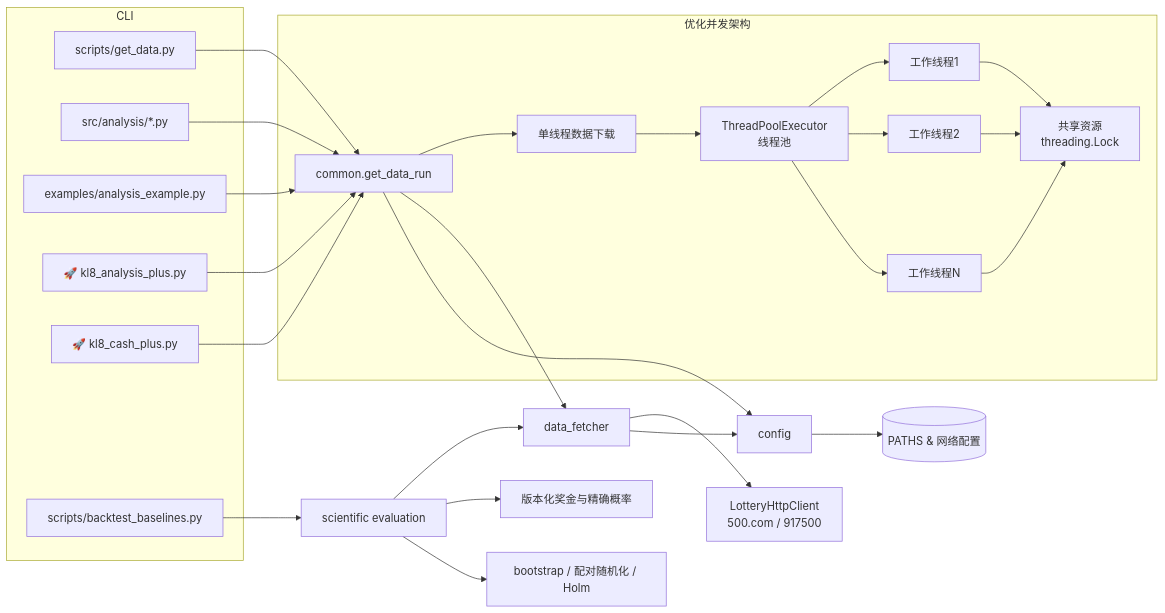
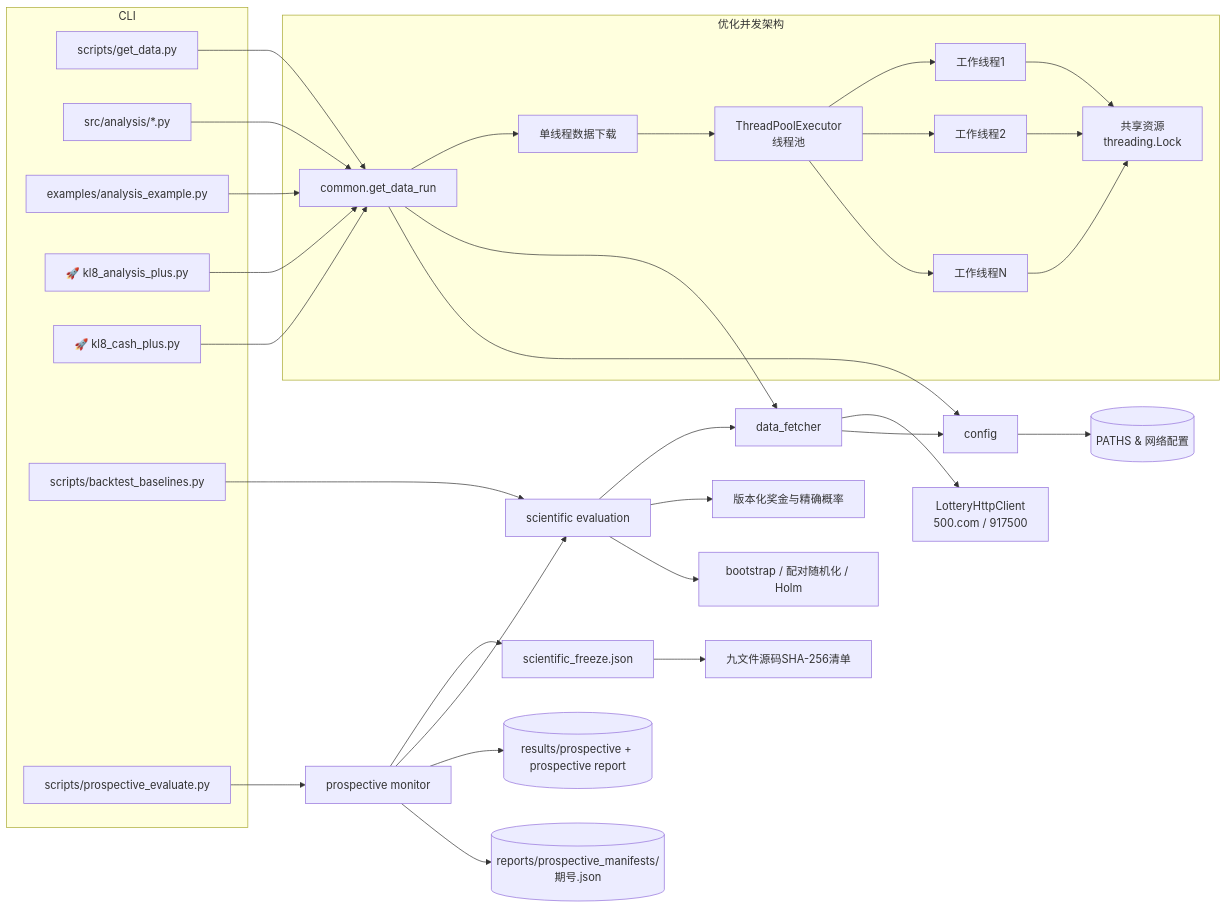
Before and after one commit to xznzz1/kl8-lottery-analyzer: the diagram in docs/architecture.md, drawn with Mermaid. The commit also changed other lines of this file and 16 other files, not shown here.

````diff
--- a/docs/architecture.md
+++ b/docs/architecture.md
@@ -3,40 +3,47 @@
 ```mermaid
 flowchart LR
     subgraph CLI
         A[scripts/get_data.py]
         B[src/analysis/*.py]
         C[examples/analysis_example.py]
         D[🚀 kl8_analysis_plus.py]
         E[🚀 kl8_cash_plus.py]
         F[scripts/backtest_baselines.py]
+        G[scripts/prospective_evaluate.py]
     end
 
     A --> COM[common.get_data_run]
     B --> COM
     C --> COM
     D --> COM
     E --> COM
     F --> SCI[scientific evaluation]
+    G --> PRO[prospective monitor]
 
     subgraph "优化并发架构"
         COM --> DOWNLOAD[单线程数据下载]
         DOWNLOAD --> THREAD_POOL[ThreadPoolExecutor<br/>线程池]
         THREAD_POOL --> WORKER1[工作线程1]
         THREAD_POOL --> WORKER2[工作线程2]
         THREAD_POOL --> WORKERN[工作线程N]
         
         WORKER1 --> SHARED[共享资源<br/>threading.Lock]
         WORKER2 --> SHARED
         WORKERN --> SHARED
     end
 
     COM --> DF[data_fetcher]
     DF --> HTTP[LotteryHttpClient<br/>500.com / 917500]
     COM --> CFG[config]
     DF --> CFG
     SCI --> DF
     SCI --> PRIZE[版本化奖金与精确概率]
     SCI --> STATS[bootstrap / 配对随机化 / Holm]
+    PRO --> FREEZE[scientific_freeze.json]
+    FREEZE --> SOURCE[九文件源码SHA-256清单]
+    PRO --> SCI
+    PRO --> PROOUT[(results/prospective + prospective report)]
+    PRO --> SEAL[(reports/prospective_manifests/期号.json)]
 
     CFG --> PATHS[(PATHS & 网络配置)]
 ```
````
